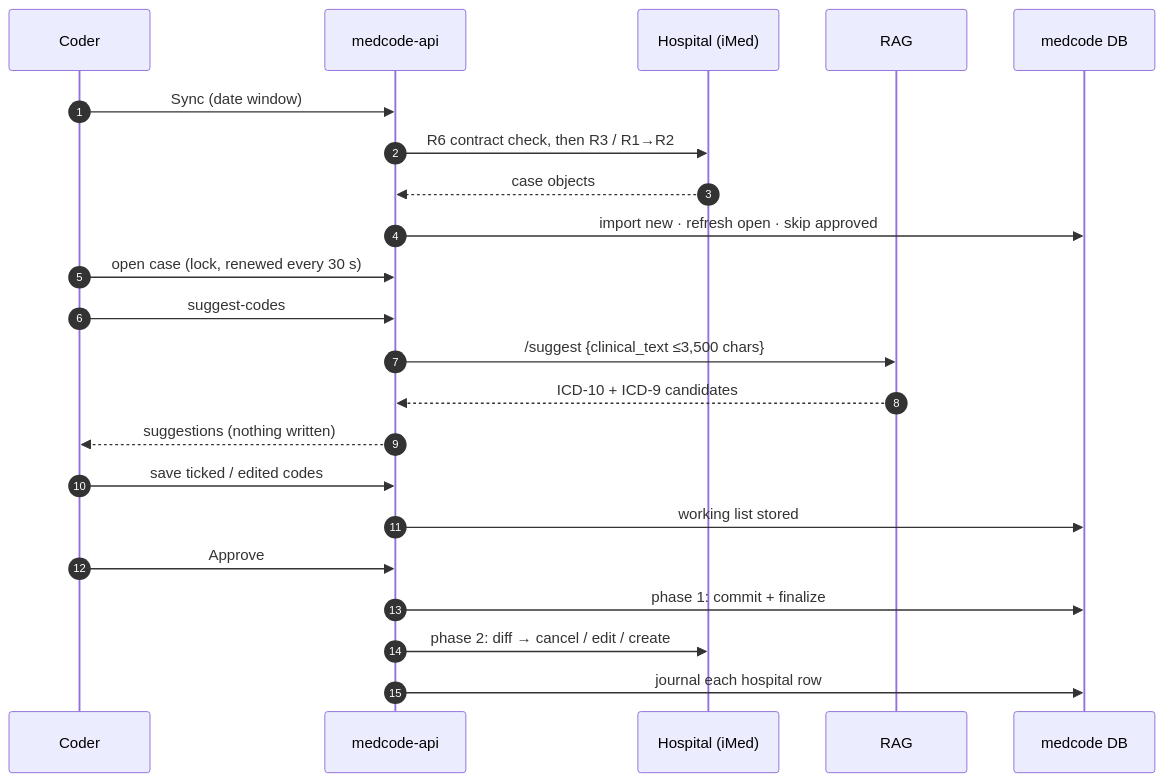
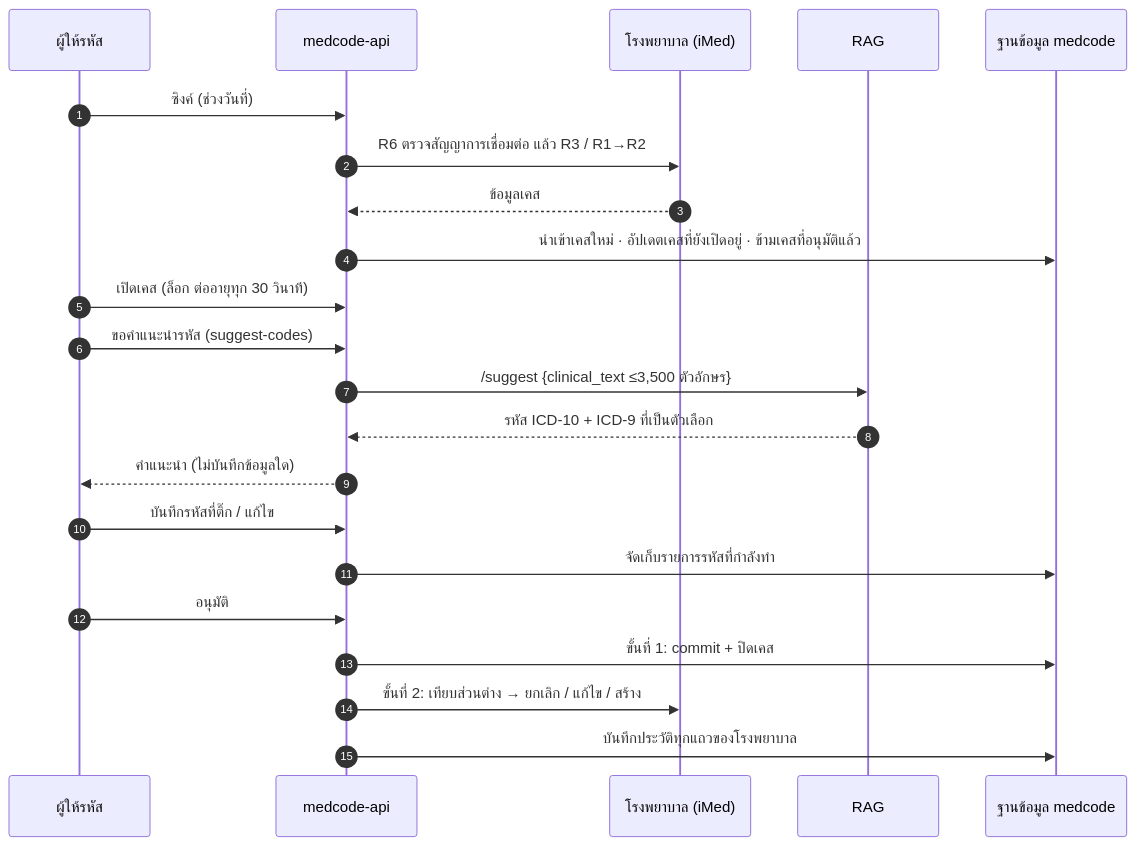
One commit to suvarna-stack/cura-ai changed the diagram in report/figures/fig-3-3-coding-flow.mmd. Above: the diagram before and after it, drawn with Mermaid. The commit also changed 36 other files, not shown here.

```diff
--- a/report/figures/fig-3-3-coding-flow.mmd
+++ b/report/figures/fig-3-3-coding-flow.mmd
@@ -1,22 +1,22 @@
 sequenceDiagram
   autonumber
-  participant C as Coder
+  participant C as ผู้ให้รหัส
   participant A as medcode-api
-  participant H as Hospital (iMed)
+  participant H as โรงพยาบาล (iMed)
   participant R as RAG
-  participant DB as medcode DB
-  C->>A: Sync (date window)
-  A->>H: R6 contract check, then R3 / R1→R2
-  H-->>A: case objects
-  A->>DB: import new · refresh open · skip approved
-  C->>A: open case (lock, renewed every 30 s)
-  C->>A: suggest-codes
-  A->>R: /suggest {clinical_text ≤3,500 chars}
-  R-->>A: ICD-10 + ICD-9 candidates
-  A-->>C: suggestions (nothing written)
-  C->>A: save ticked / edited codes
-  A->>DB: working list stored
-  C->>A: Approve
-  A->>DB: phase 1: commit + finalize
-  A->>H: phase 2: diff → cancel / edit / create
-  A->>DB: journal each hospital row
+  participant DB as ฐานข้อมูล medcode
+  C->>A: ซิงค์ (ช่วงวันที่)
+  A->>H: R6 ตรวจสัญญาการเชื่อมต่อ แล้ว R3 / R1→R2
+  H-->>A: ข้อมูลเคส
+  A->>DB: นำเข้าเคสใหม่ · อัปเดตเคสที่ยังเปิดอยู่ · ข้ามเคสที่อนุมัติแล้ว
+  C->>A: เปิดเคส (ล็อก ต่ออายุทุก 30 วินาที)
+  C->>A: ขอคำแนะนำรหัส (suggest-codes)
+  A->>R: /suggest {clinical_text ≤3,500 ตัวอักษร}
+  R-->>A: รหัส ICD-10 + ICD-9 ที่เป็นตัวเลือก
+  A-->>C: คำแนะนำ (ไม่บันทึกข้อมูลใด)
+  C->>A: บันทึกรหัสที่ติ๊ก / แก้ไข
+  A->>DB: จัดเก็บรายการรหัสที่กำลังทำ
+  C->>A: อนุมัติ
+  A->>DB: ขั้นที่ 1: commit + ปิดเคส
+  A->>H: ขั้นที่ 2: เทียบส่วนต่าง → ยกเลิก / แก้ไข / สร้าง
+  A->>DB: บันทึกประวัติทุกแถวของโรงพยาบาล
```
